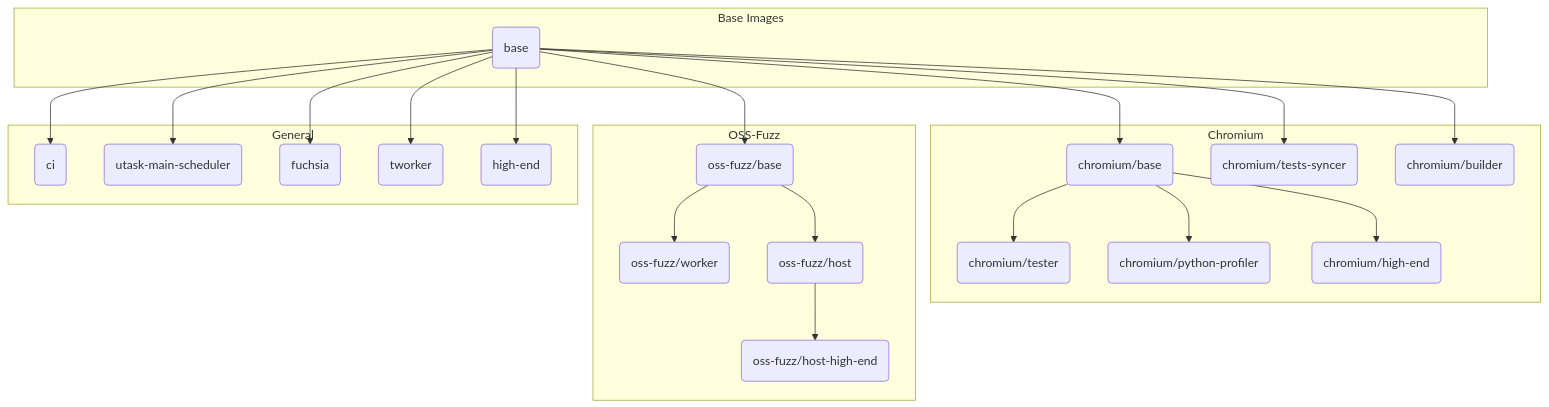
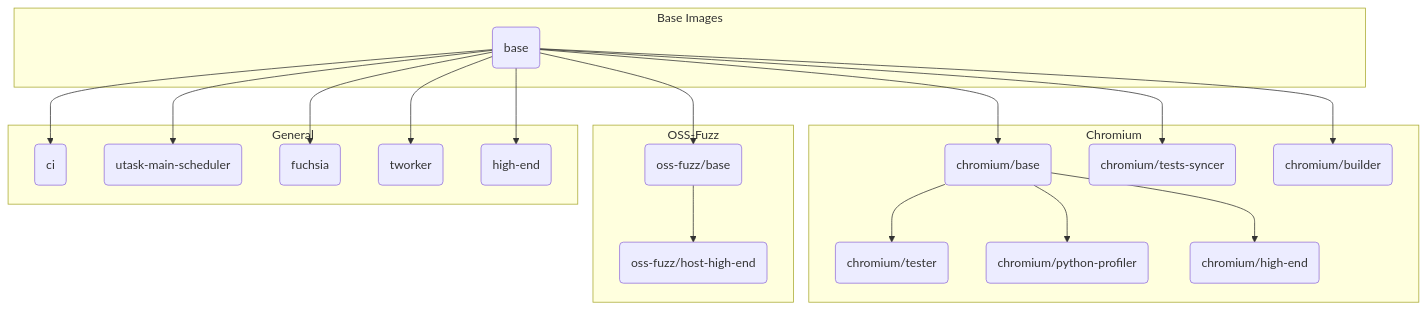
Before and after one commit to google/clusterfuzz: the diagram in docker/README.md, drawn with Mermaid. The commit also changed 14 other files, not shown here.

First line of the commit message:
docker: Finish removing oss-fuzz/worker and oss-fuzz/host images.

````diff
--- a/docker/README.md
+++ b/docker/README.md
@@ -61,50 +61,45 @@
 ```mermaid
 graph TD
     subgraph Base Images
         A(base)
     end
 
     subgraph Chromium
         F(chromium/base)
         K(chromium/tester)
         L(chromium/python-profiler)
         M(chromium/high-end)
         E(chromium/tests-syncer)
         G(chromium/builder)
     end
 
     subgraph OSS-Fuzz
         H(oss-fuzz/base)
-        N(oss-fuzz/worker)
-        O(oss-fuzz/host)
         P(oss-fuzz/host-high-end)
     end
 
     subgraph General
         B(ci)
         C(utask-main-scheduler)
         D(fuchsia)
         I(tworker)
         J(high-end)
     end
 
 
     A --> B;
     A --> C;
     A --> D;
     A --> E;
     A --> F;
     A --> G;
     A --> H;
     A --> I;
     A --> J;
 
     F --> K;
     F --> L;
     F --> M;
 
-    H --> N;
-    H --> O;
-
-    O --> P;
+    H --> P;
 ```
````
